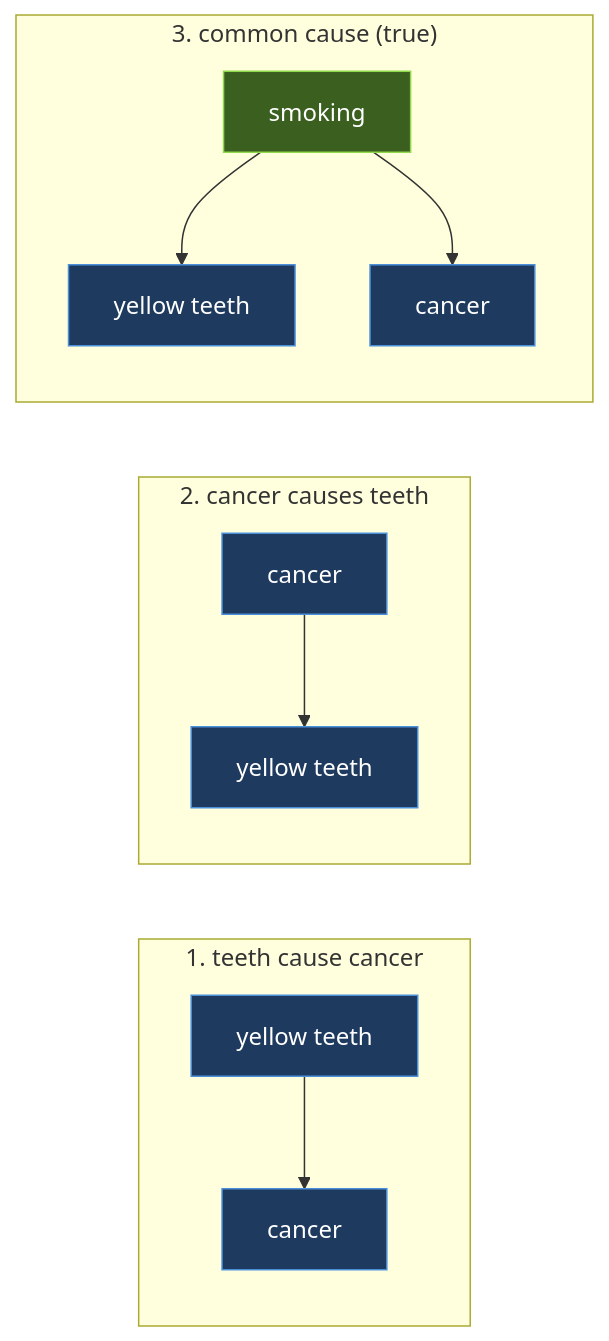
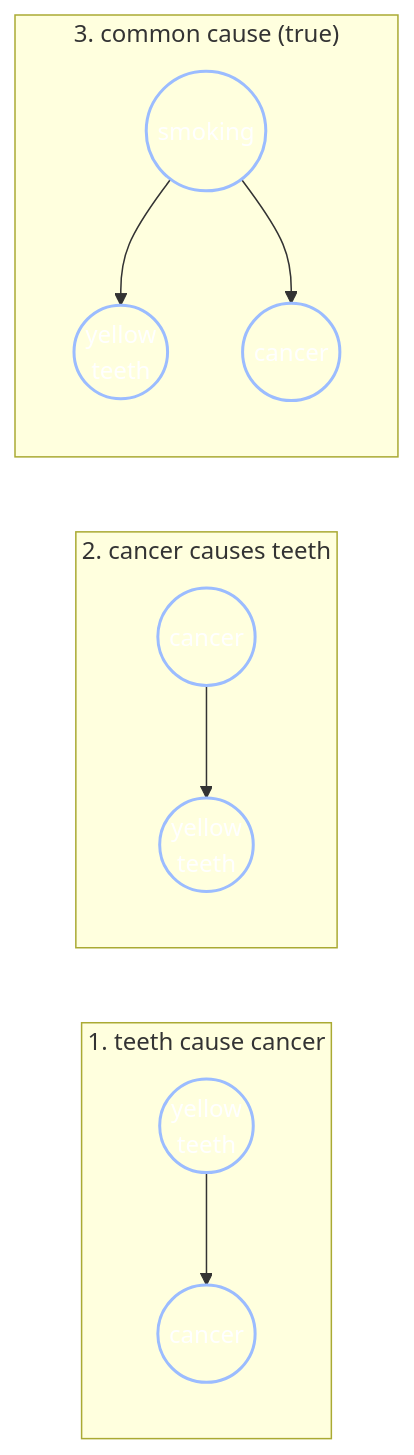
The first of 2 diagrams in content/intro2/10_causal_bayes_nets.md (josephausterweil/probintro), drawn with Mermaid before and after one commit. The commit also changed other lines of this file and 3 other files, not shown here.

````diff
--- a/content/intro2/10_causal_bayes_nets.md
+++ b/content/intro2/10_causal_bayes_nets.md
@@ -29,20 +29,15 @@
 ```mermaid
 graph LR
     subgraph Story1["1. teeth cause cancer"]
-        T1["yellow teeth"] --> C1["cancer"]
+        T1(("yellow<br/>teeth")) --> C1(("cancer"))
     end
     subgraph Story2["2. cancer causes teeth"]
-        C2["cancer"] --> T2["yellow teeth"]
+        C2(("cancer")) --> T2(("yellow<br/>teeth"))
     end
     subgraph Story3["3. common cause (true)"]
-        S3["smoking"] --> T3["yellow teeth"]
-        S3 --> C3["cancer"]
+        S3(("smoking")) --> T3(("yellow<br/>teeth"))
+        S3 --> C3(("cancer"))
     end
-    style T1 fill:#1f3a5f,stroke:#4a90d9,color:#fff
-    style C1 fill:#1f3a5f,stroke:#4a90d9,color:#fff
-    style T2 fill:#1f3a5f,stroke:#4a90d9,color:#fff
-    style C2 fill:#1f3a5f,stroke:#4a90d9,color:#fff
-    style S3 fill:#3a5f1f,stroke:#90d94a,color:#fff
-    style T3 fill:#1f3a5f,stroke:#4a90d9,color:#fff
-    style C3 fill:#1f3a5f,stroke:#4a90d9,color:#fff
+    classDef node fill:none,stroke:#9bbcff,stroke-width:2px,color:#fff
+    class T1,C1,T2,C2,S3,T3,C3 node
 ```
````
